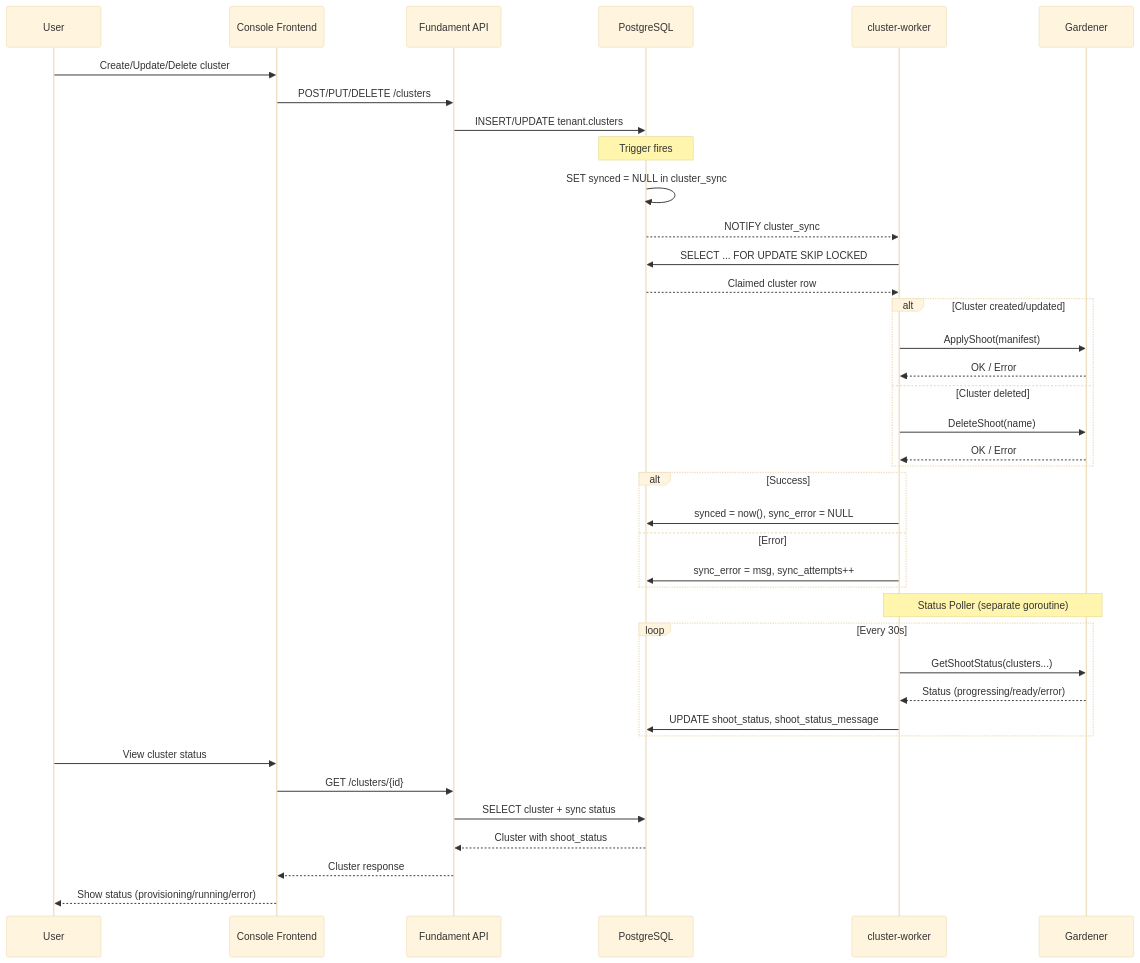
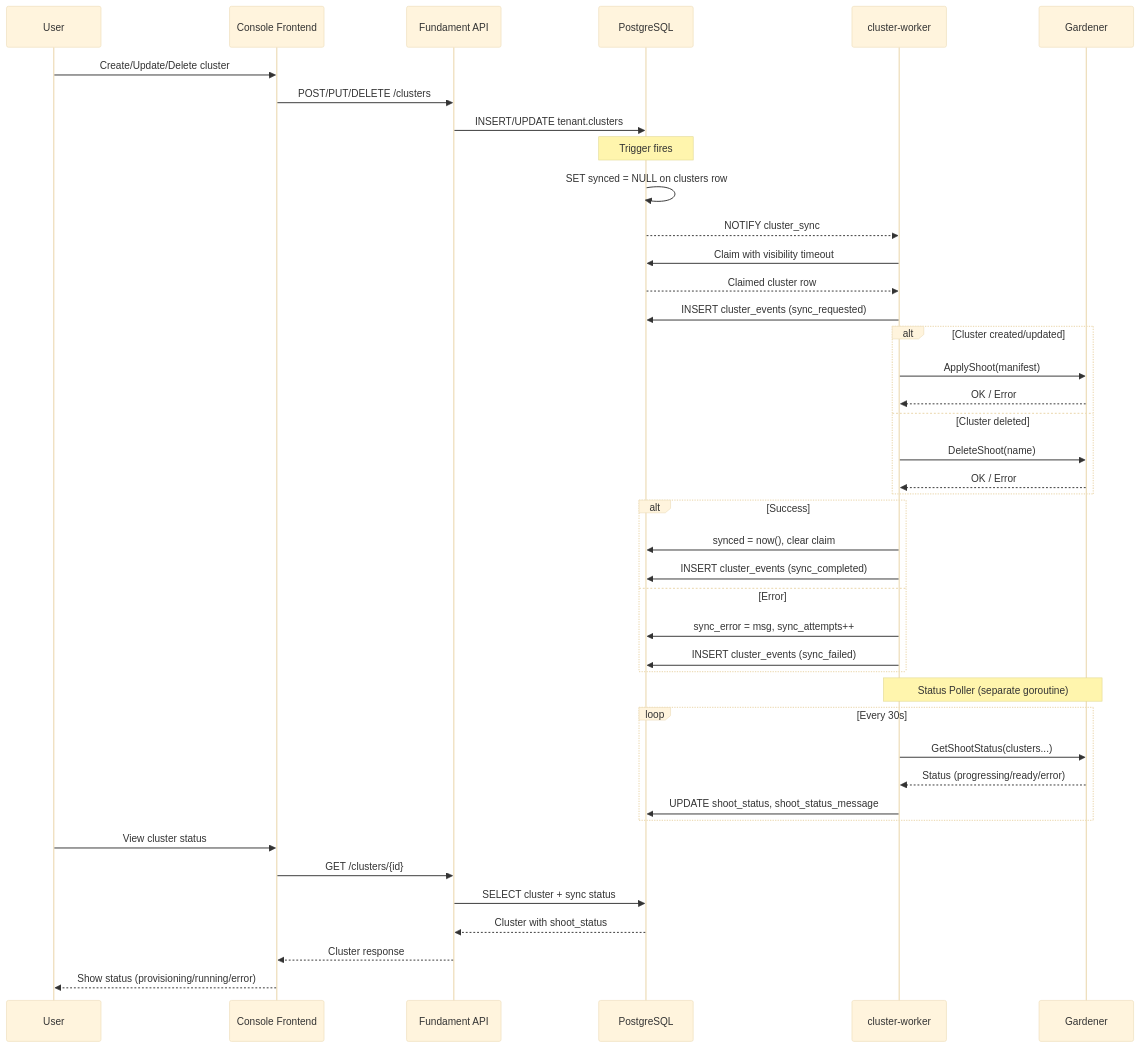
Before and after one commit to fundament-oss/fundament: the first of 2 diagrams in cluster-worker/README.md, drawn with Mermaid (base theme). The commit also changed other lines of this file and 26 other files, not shown here.

First line of the commit message:
feat(cluster-worker): implement sync improvements and deleting cluster visibility

````diff
--- a/cluster-worker/README.md
+++ b/cluster-worker/README.md
@@ -66,49 +68,52 @@
 ```mermaid
 sequenceDiagram
     participant User
     participant Frontend as Console Frontend
     participant API as Fundament API
     participant DB as PostgreSQL
     participant Worker as cluster-worker
     participant Gardener
 
     User->>Frontend: Create/Update/Delete cluster
     Frontend->>API: POST/PUT/DELETE /clusters
     API->>DB: INSERT/UPDATE tenant.clusters
 
     Note over DB: Trigger fires
-    DB->>DB: SET synced = NULL in cluster_sync
+    DB->>DB: SET synced = NULL on clusters row
     DB-->>Worker: NOTIFY cluster_sync
 
-    Worker->>DB: SELECT ... FOR UPDATE SKIP LOCKED
+    Worker->>DB: Claim with visibility timeout
     DB-->>Worker: Claimed cluster row
+    Worker->>DB: INSERT cluster_events (sync_requested)
 
     alt Cluster created/updated
         Worker->>Gardener: ApplyShoot(manifest)
         Gardener-->>Worker: OK / Error
     else Cluster deleted
         Worker->>Gardener: DeleteShoot(name)
         Gardener-->>Worker: OK / Error
     end
 
     alt Success
-        Worker->>DB: synced = now(), sync_error = NULL
+        Worker->>DB: synced = now(), clear claim
+        Worker->>DB: INSERT cluster_events (sync_completed)
     else Error
         Worker->>DB: sync_error = msg, sync_attempts++
+        Worker->>DB: INSERT cluster_events (sync_failed)
     end
 
     Note over Worker,Gardener: Status Poller (separate goroutine)
 
     loop Every 30s
         Worker->>Gardener: GetShootStatus(clusters...)
         Gardener-->>Worker: Status (progressing/ready/error)
         Worker->>DB: UPDATE shoot_status, shoot_status_message
     end
 
     User->>Frontend: View cluster status
     Frontend->>API: GET /clusters/{id}
     API->>DB: SELECT cluster + sync status
     DB-->>API: Cluster with shoot_status
     API-->>Frontend: Cluster response
     Frontend-->>User: Show status (provisioning/running/error)
 ```
````
